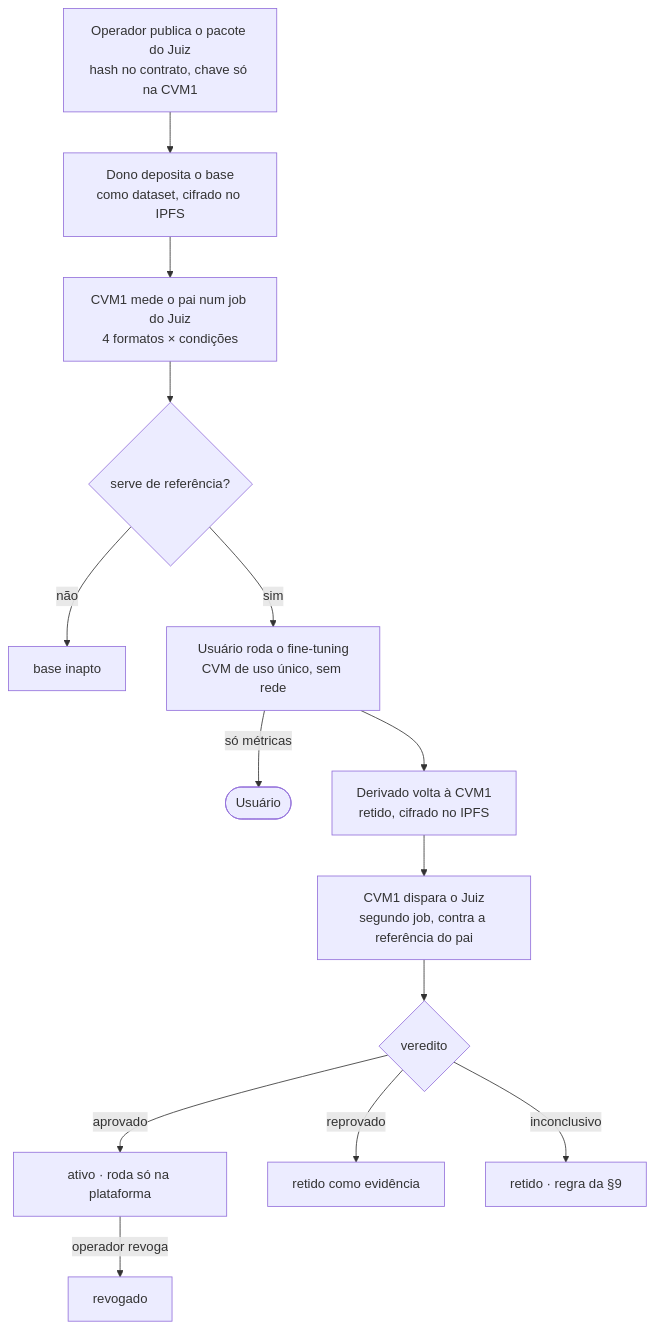
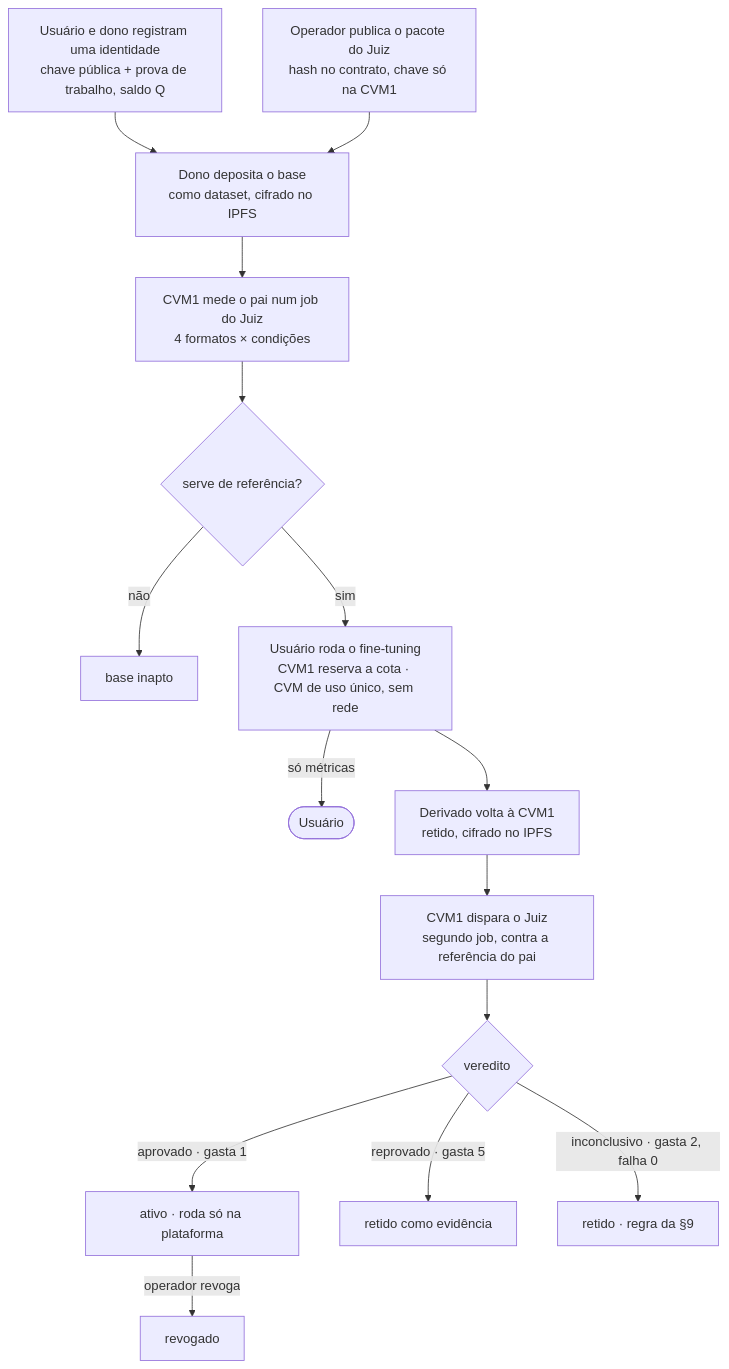
One commit to lesorty/dnat-identity-validator changed the second of 3 diagrams in DSN2027/etapas/E14_especificacao_juiz.md. Above: the diagram before and after it, drawn with Mermaid. The commit also changed other lines of this file and 8 other files, not shown here.

First line of the commit message:
docs: identidade cara e cota por veredito (D7, J17)

````diff
--- a/DSN2027/etapas/E14_especificacao_juiz.md
+++ b/DSN2027/etapas/E14_especificacao_juiz.md
@@ -113,16 +120,17 @@
 ```mermaid
 flowchart TD
+  ID[Usuário e dono registram uma identidade<br/>chave pública + prova de trabalho, saldo Q] --> DEP
   J0[Operador publica o pacote do Juiz<br/>hash no contrato, chave só na CVM1] --> DEP
   DEP[Dono deposita o base<br/>como dataset, cifrado no IPFS] --> MED
   MED[CVM1 mede o pai num job do Juiz<br/>4 formatos × condições] --> OK{serve de referência?}
   OK -- não --> INAPTO[base inapto]
-  OK -- sim --> FT[Usuário roda o fine-tuning<br/>CVM de uso único, sem rede]
+  OK -- sim --> FT[Usuário roda o fine-tuning<br/>CVM1 reserva a cota · CVM de uso único, sem rede]
   FT -- só métricas --> U([Usuário])
   FT --> RET[Derivado volta à CVM1<br/>retido, cifrado no IPFS]
   RET --> JUIZ[CVM1 dispara o Juiz<br/>segundo job, contra a referência do pai]
   JUIZ --> V{veredito}
-  V -- aprovado --> ATV[ativo · roda só na plataforma]
-  V -- reprovado --> REP[retido como evidência]
-  V -- inconclusivo --> INC[retido · regra da §9]
+  V -- aprovado · gasta 1 --> ATV[ativo · roda só na plataforma]
+  V -- reprovado · gasta 5 --> REP[retido como evidência]
+  V -- inconclusivo · gasta 2, falha 0 --> INC[retido · regra da §9]
   ATV -- operador revoga --> RVG[revogado]
 ```
````
